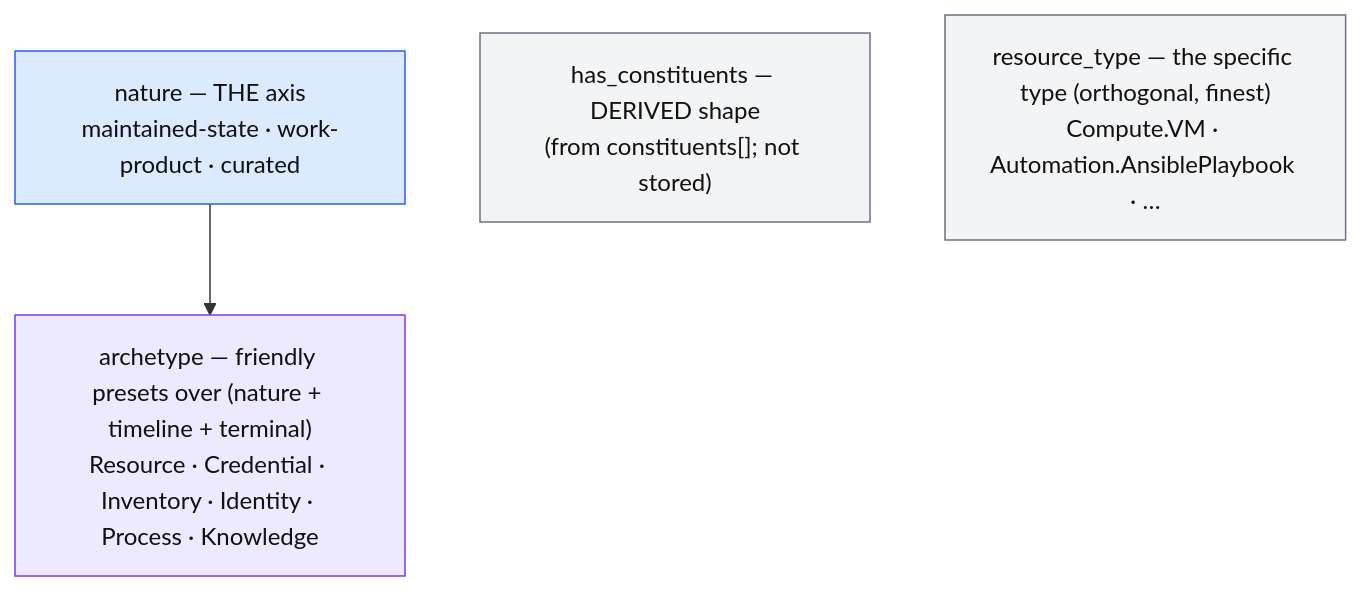
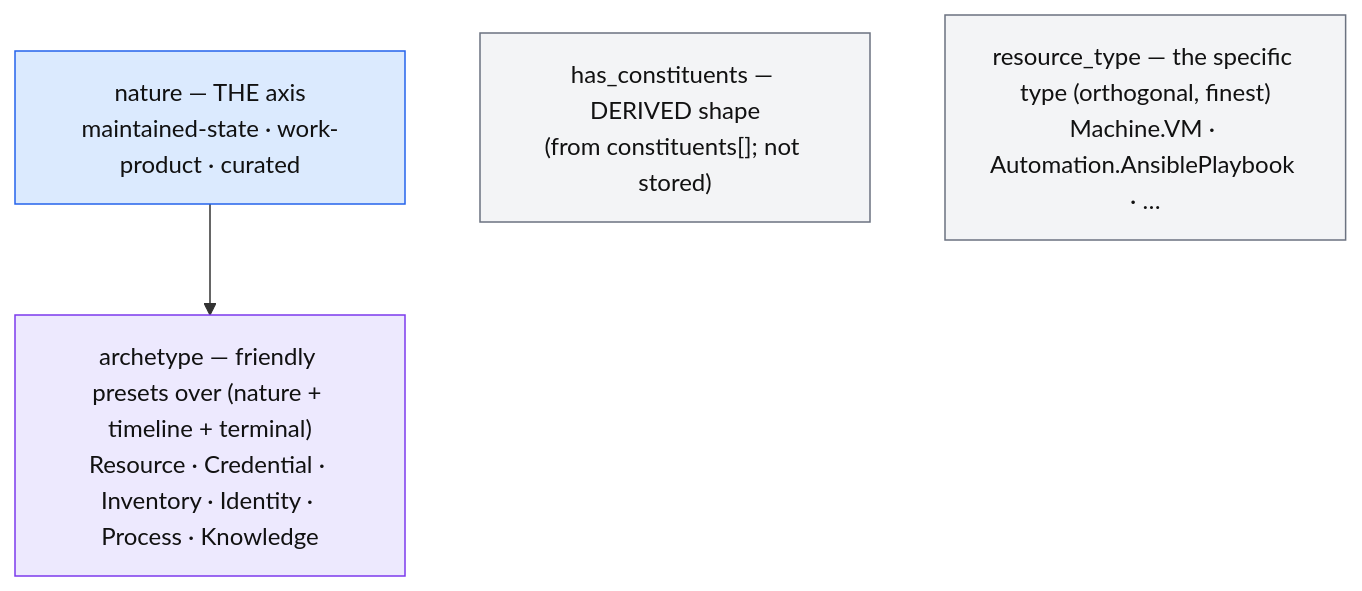
The diagram in docs/spec/principles/naming-charter.md (croadfeldt/udlm), drawn with Mermaid before and after one commit. The commit also changed other lines of this file and 194 other files, not shown here.

````diff
--- a/docs/spec/principles/naming-charter.md
+++ b/docs/spec/principles/naming-charter.md
@@ -46,10 +46,10 @@
 ```mermaid
 flowchart TD
     NAT["nature — THE axis<br/>maintained-state · work-product · curated"]:::axis
     NAT --> AR["archetype — friendly presets over (nature + timeline + terminal)<br/>Resource · Credential · Inventory · Identity · Process · Knowledge"]:::preset
     ET["has_constituents — DERIVED shape<br/>(from constituents[]; not stored)"]:::orth
-    RT["resource_type — the specific type (orthogonal, finest)<br/>Compute.VM · Automation.AnsiblePlaybook · …"]:::orth
+    RT["resource_type — the specific type (orthogonal, finest)<br/>Machine.VM · Automation.AnsiblePlaybook · …"]:::orth
     classDef axis fill:#dbeafe,stroke:#2563eb,color:#111
     classDef preset fill:#ede9fe,stroke:#7c3aed,color:#111
     classDef orth fill:#f3f4f6,stroke:#6b7280,color:#111
 ```
````
